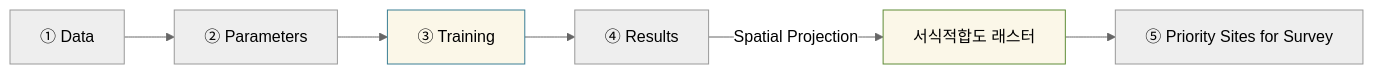
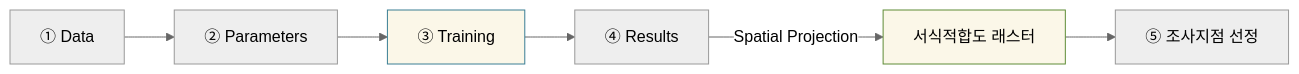
Before and after one commit to osgeokr/qmaxent: the diagram in manual/docs/ko/analysis-dock.md, drawn with Mermaid (neutral theme). The commit also changed other lines of this file and 20 other files, not shown here.

````diff
--- a/manual/docs/ko/analysis-dock.md
+++ b/manual/docs/ko/analysis-dock.md
@@ -47,10 +48,10 @@
 ```mermaid
 flowchart LR
     A[① Data] --> B[② Parameters]
     B --> C[③ Training]
     C --> D[④ Results]
     D -->|Spatial Projection| E[서식적합도 래스터]
-    E --> F[⑤ Priority Sites for Survey]
+    E --> F[⑤ 조사지점 선정]
     style C fill:#FBF7E8,stroke:#3A7E94
     style E fill:#FBF7E8,stroke:#5E8C36
 ```
````
